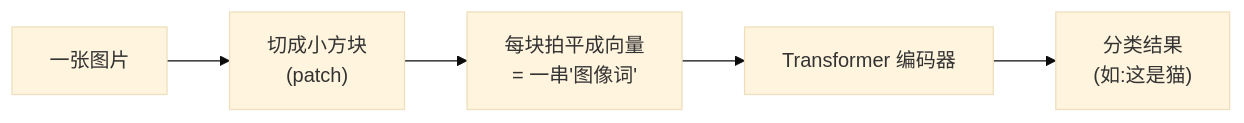
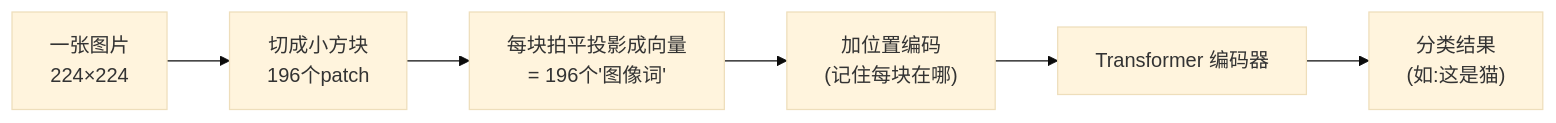
Before and after one commit to zerioo1970/summary: the fourth of 8 diagrams in transformer-学习资料/第11章-Transformer的广泛应用.md, drawn with Mermaid (base theme). The commit also changed other lines of this file and 6 other files, not shown here.

Commit message:
大幅扩写第1、2、8-12章:新增导览/数值示例/深入原理/FAQ/更多图解

````diff
--- a/transformer-学习资料/第11章-Transformer的广泛应用.md
+++ b/transformer-学习资料/第11章-Transformer的广泛应用.md
@@ -53,7 +96,8 @@
 ```mermaid
 flowchart LR
-    IMG["一张图片"] --> SPLIT["切成小方块<br/>(patch)"]
-    SPLIT --> SEQ["每块拍平成向量<br/>= 一串'图像词'"]
-    SEQ --> TF["Transformer 编码器"]
+    IMG["一张图片<br/>224×224"] --> SPLIT["切成小方块<br/>196个patch"]
+    SPLIT --> SEQ["每块拍平投影成向量<br/>= 196个'图像词'"]
+    SEQ --> POS["加位置编码<br/>(记住每块在哪)"]
+    POS --> TF["Transformer 编码器"]
     TF --> OUT["分类结果<br/>(如:这是猫)"]
 ```
````
